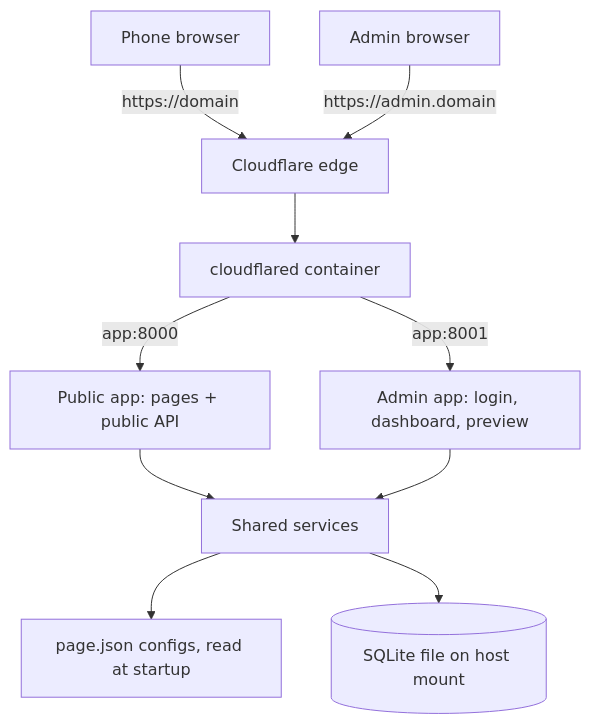
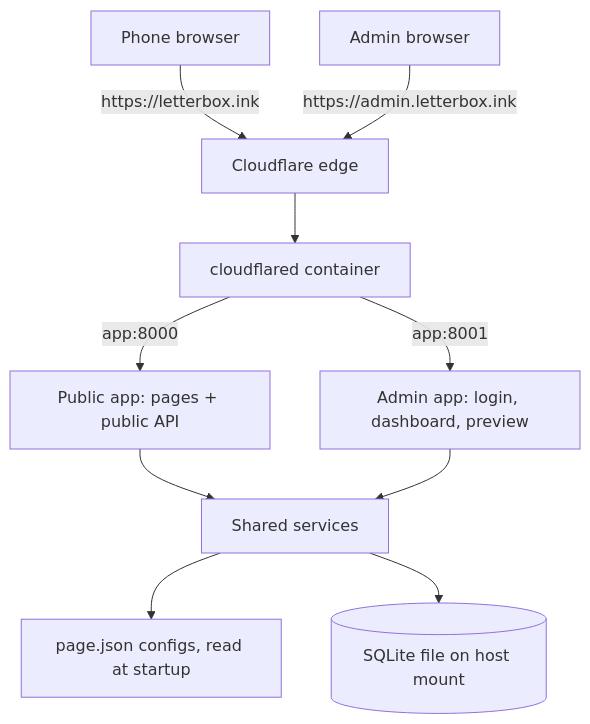
Before and after one commit to 4kkshhay/letter-box: the diagram in docs/architecture.md, drawn with Mermaid. The commit also changed other lines of this file and 29 other files, not shown here.

````diff
--- a/docs/architecture.md
+++ b/docs/architecture.md
@@ -53,12 +53,12 @@
 ```mermaid
 flowchart TD
-    V[Phone browser] -->|https://domain| CF[Cloudflare edge]
-    A[Admin browser] -->|https://admin.domain| CF
+    V[Phone browser] -->|https://letterbox.ink| CF[Cloudflare edge]
+    A[Admin browser] -->|https://admin.letterbox.ink| CF
     CF --> T[cloudflared container]
     T -->|app:8000| PUB[Public app: pages + public API]
     T -->|app:8001| ADM[Admin app: login, dashboard, preview]
     PUB --> S[Shared services]
     ADM --> S
     S --> C[page.json configs, read at startup]
     S --> D[(SQLite file on host mount)]
 ```
````
